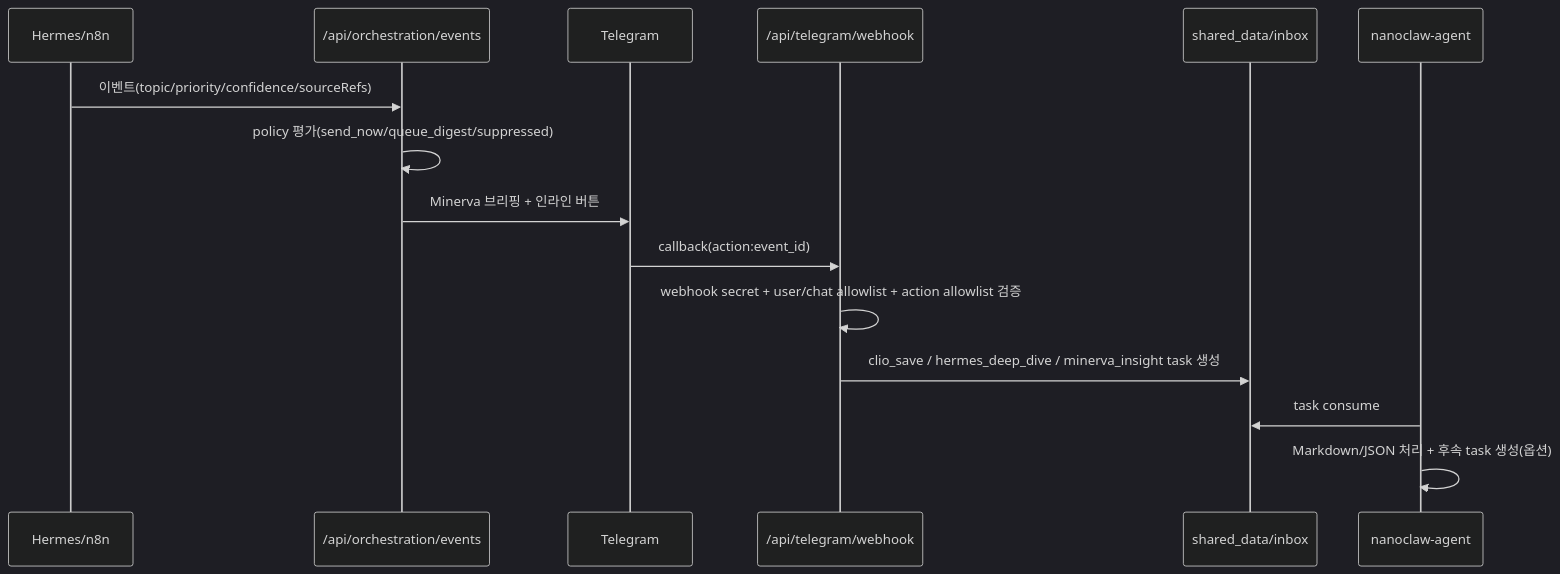
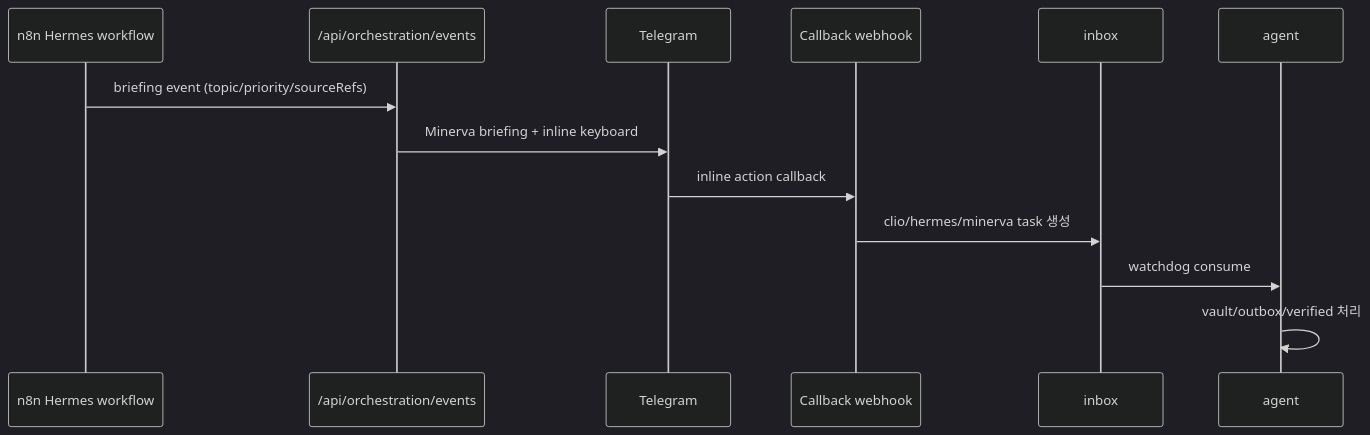
One commit to Merchantlee99/Personal-AI-agent-v2 changed the third of 3 diagrams in docs/ARCHITECTURE.md. Above: the diagram before and after it, drawn with Mermaid (dark theme). The commit also changed other lines of this file and 5 other files, not shown here.

Commit message:
docs: restructure architecture/security/ops docs and add use-cases (#7)

````diff
--- a/docs/ARCHITECTURE.md
+++ b/docs/ARCHITECTURE.md
@@ -66,18 +86,16 @@
 ```mermaid
 sequenceDiagram
-  participant H as Hermes/n8n
+  participant W as n8n Hermes workflow
   participant O as /api/orchestration/events
   participant T as Telegram
-  participant W as /api/telegram/webhook
-  participant I as shared_data/inbox
-  participant A as nanoclaw-agent
+  participant C as Callback webhook
+  participant I as inbox
+  participant A as agent
 
-  H->>O: 이벤트(topic/priority/confidence/sourceRefs)
-  O->>O: policy 평가(send_now/queue_digest/suppressed)
-  O->>T: Minerva 브리핑 + 인라인 버튼
-  T->>W: callback(action:event_id)
-  W->>W: webhook secret + user/chat allowlist + action allowlist 검증
-  W->>I: clio_save / hermes_deep_dive / minerva_insight task 생성
-  A->>I: task consume
-  A->>A: Markdown/JSON 처리 + 후속 task 생성(옵션)
+  W->>O: briefing event (topic/priority/sourceRefs)
+  O->>T: Minerva briefing + inline keyboard
+  T->>C: inline action callback
+  C->>I: clio/hermes/minerva task 생성
+  I->>A: watchdog consume
+  A->>A: vault/outbox/verified 처리
 ```
````
